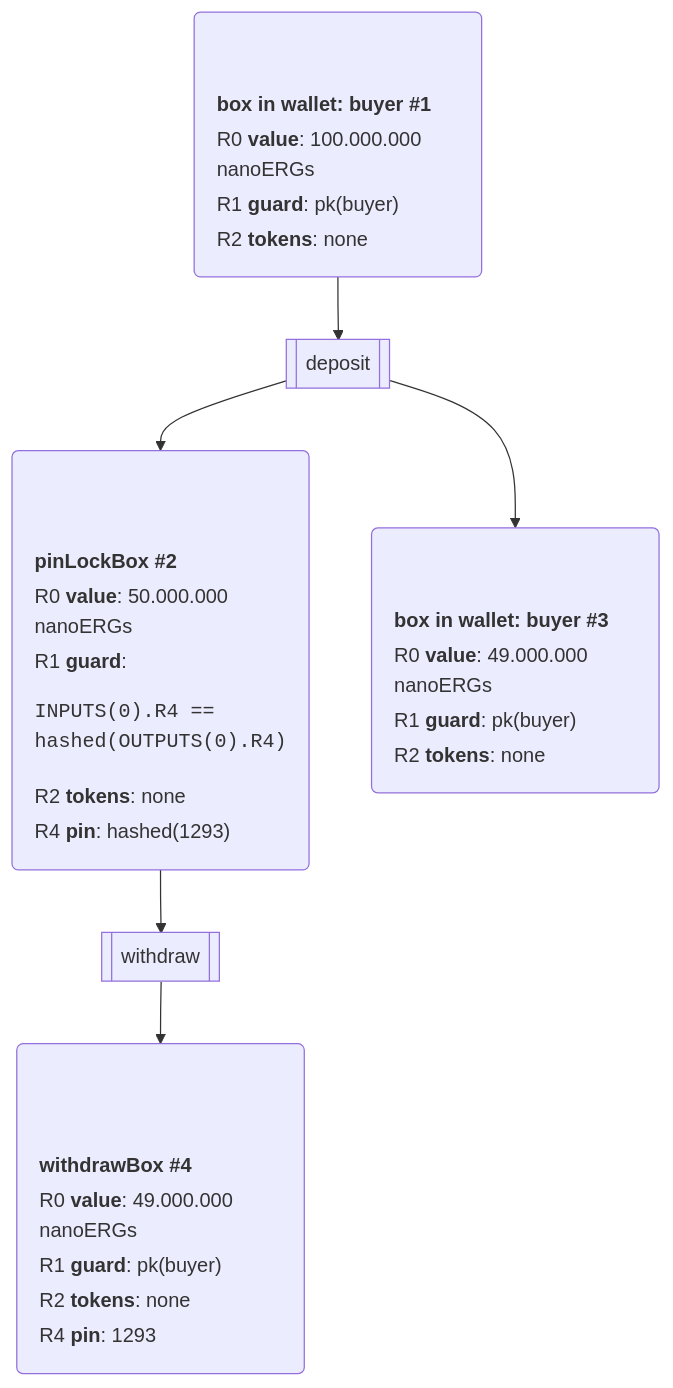
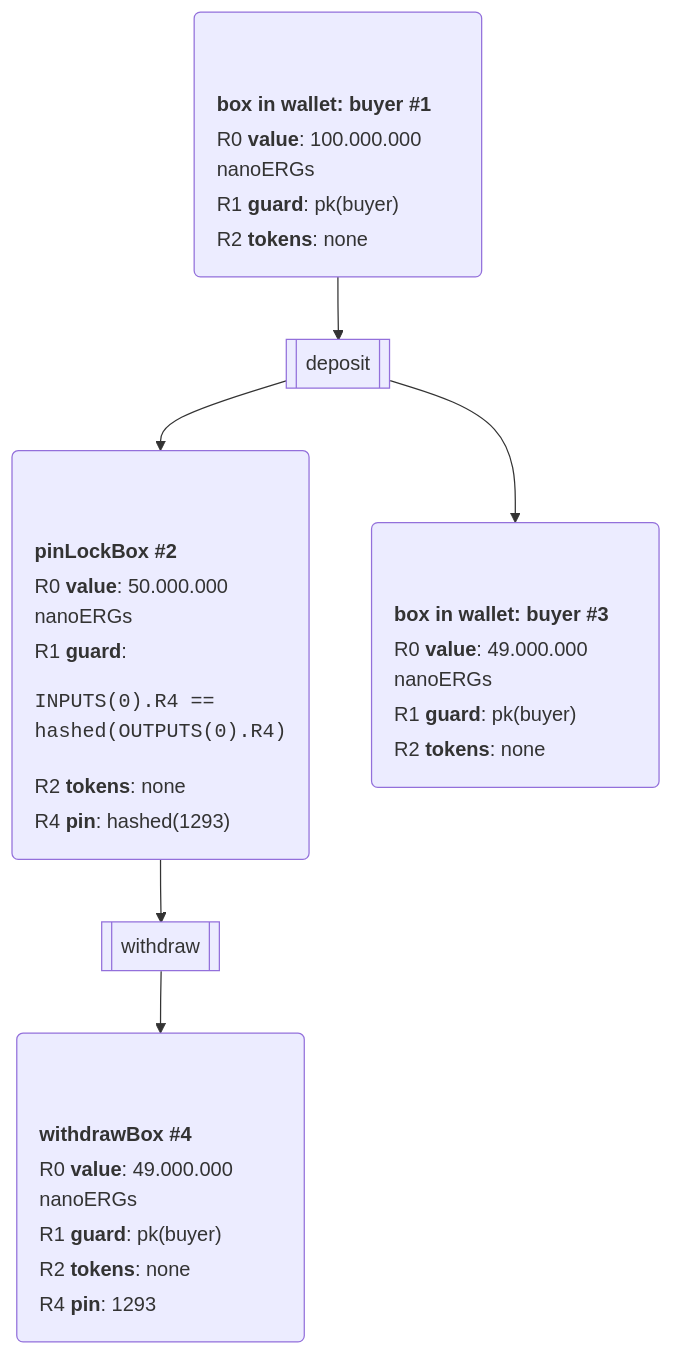
Before and after one commit to RalfWeiss/ergo-course-summary: the diagram in ergoscript/example-contracts/pinLockContract.md, drawn with Mermaid. The commit also changed 3 other files, not shown here.

````diff
--- a/ergoscript/example-contracts/pinLockContract.md
+++ b/ergoscript/example-contracts/pinLockContract.md
@@ -30,47 +30,47 @@
 ```mermaid
 flowchart TD
 
   %% adjust margin-top: lines = 5; margin-top -12ex --> (lines-1) * 3 ex
   walletBox1("<table style='text-align:left; margin-top: -9ex; margin-bottom: 0;' > 
     <tr><th><b>box in wallet: buyer #1</b></th></tr> 
     <tr><td>R0 <b>value</b>: 100.000.000 nanoERGs</td></tr>     
     <tr><td>R1 <b>guard</b>: pk(buyer)</td></tr> 
     <tr><td>R2 <b>tokens</b>: none</td></tr> 
     </table>")
 
   %% adjust margin-top: lines = 5; margin-top -12ex --> (lines-1) * 3 ex
-  pinLockBox("<table style='text-align:left; margin-top: -10ex; margin-bottom: 0;' > 
+  pinLockBox("<table style='text-align:left; margin-top: -11ex; margin-bottom: 0;' > 
     <tr><th><b>pinLockBox #2</b></th></tr> 
     <tr><td >R0 <b>value</b>: 50.000.000 nanoERGs</td></tr> 
     <tr><td >R1 <b>guard</b>: <br/><pre>INPUTS(0).R4 == <br/>hashed(OUTPUTS(0).R4)</pre></td></tr> 
     <tr><td>R2 <b>tokens</b>: none</td></tr> 
     <tr><td >R4 <b>pin</b>: hashed(1293)</td></tr>     
     </table>  ")
 
   walletBox2("<table style='text-align:left; margin-top: -9ex; margin-bottom: 0;' > 
     <tr><th><b>box in wallet: buyer #3</b></th></tr> 
     <tr><td>R0 <b>value</b>: 49.000.000 nanoERGs</td></tr>     
     <tr><td>R1 <b>guard</b>: pk(buyer)</td></tr> 
     <tr><td>R2 <b>tokens</b>: none</td></tr> 
     </table>")
 
   %% adjust margin-top: lines = 5; margin-top -12ex --> (lines-1) * 3 ex
-  withdrawBox("<table style='text-align:left; margin-top: -9ex; margin-bottom: 0;' > 
+  withdrawBox("<table style='text-align:left; margin-top: -11ex; margin-bottom: 0;' > 
     <tr><th><b>withdrawBox #4</b></th></tr> 
     <tr><td>R0 <b>value</b>: 49.000.000 nanoERGs</td></tr> 
     <tr><td>R1 <b>guard</b>: pk(buyer)</td></tr> 
     <tr><td>R2 <b>tokens</b>: none</td></tr>     
     <tr><td>R4 <b>pin</b>: 1293</td></tr>
     </table>  ")
 
 
   Tx1[["deposit"]]
   Tx2[["withdraw"]]
 
 
   walletBox1 --> Tx1
   Tx1 --> pinLockBox
   Tx1 --> walletBox2 
   pinLockBox --> Tx2 --> withdrawBox
 
 ```
````
